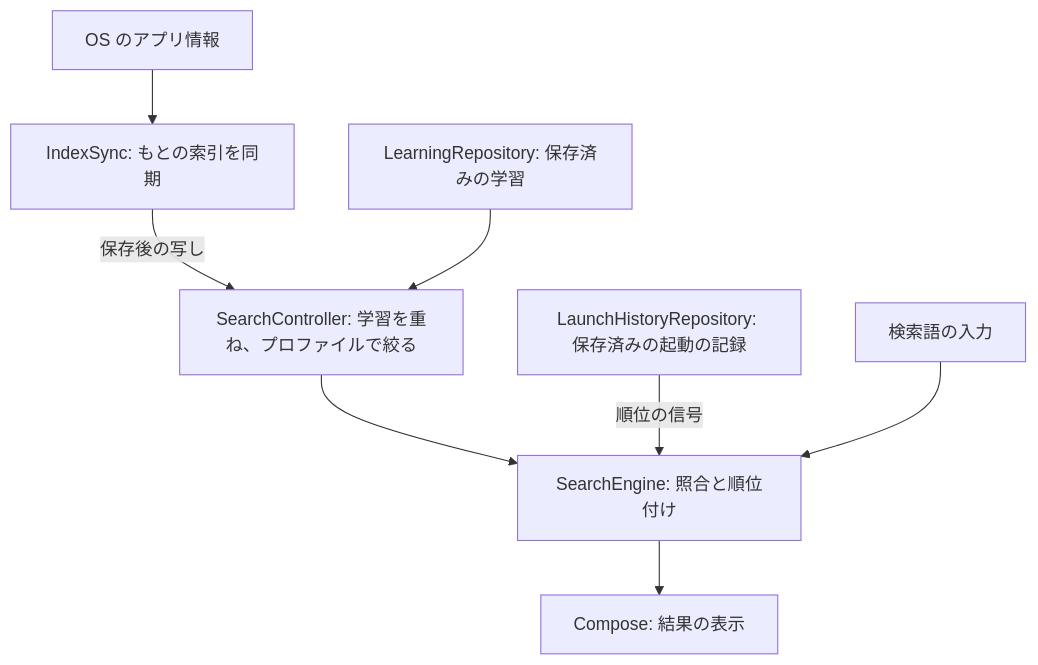
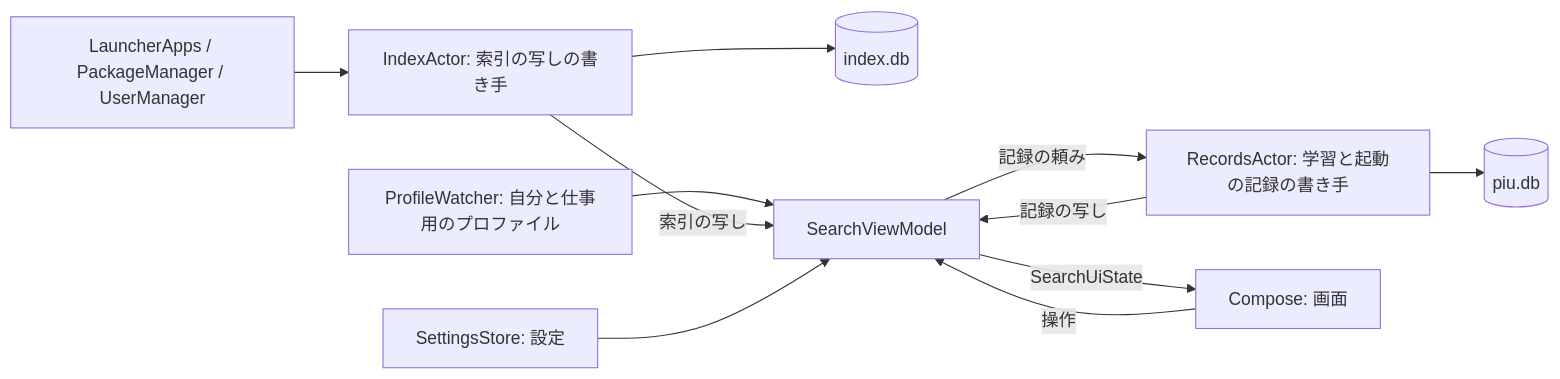
One commit to unils/piu-search changed the diagram in docs/design/architecture.md. Above: the diagram before and after it, drawn with Mermaid. The commit also changed other lines of this file and 5 other files, not shown here.

````diff
--- a/docs/design/architecture.md
+++ b/docs/design/architecture.md
@@ -19,10 +19,13 @@
 ```mermaid
-flowchart TD
-    os[OS のアプリ情報] --> sync[IndexSync: もとの索引を同期]
-    sync -->|保存後の写し| derived[SearchController: 学習を重ね、プロファイルで絞る]
-    learning[LearningRepository: 保存済みの学習] --> derived
-    derived --> engine[SearchEngine: 照合と順位付け]
-    history[LaunchHistoryRepository: 保存済みの起動の記録] -->|順位の信号| engine
-    input[検索語の入力] --> engine
-    engine --> screen[Compose: 結果の表示]
+flowchart LR
+    os[LauncherApps / PackageManager / UserManager] --> ia[IndexActor: 索引の写しの書き手]
+    ia --> idb[(index.db)]
+    ra[RecordsActor: 学習と起動の記録の書き手] --> pdb[(piu.db)]
+    pw[ProfileWatcher: 自分と仕事用のプロファイル] --> vm
+    ia -- 索引の写し --> vm[SearchViewModel]
+    ra -- 記録の写し --> vm
+    set[SettingsStore: 設定] --> vm
+    vm -- SearchUiState --> screen[Compose: 画面]
+    screen -- 操作 --> vm
+    vm -- 記録の頼み --> ra
 ```
````
